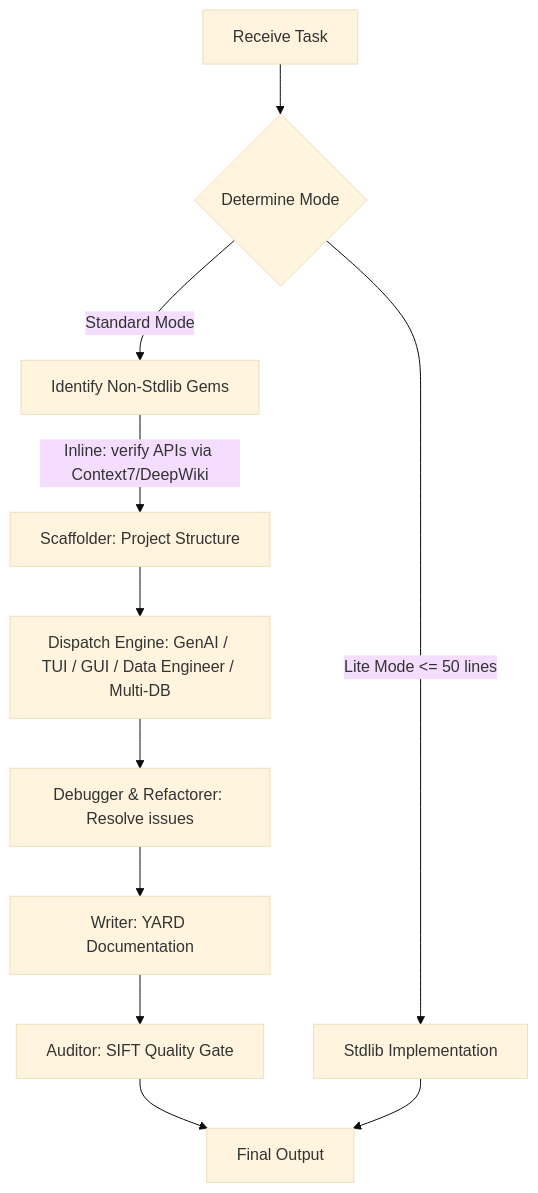
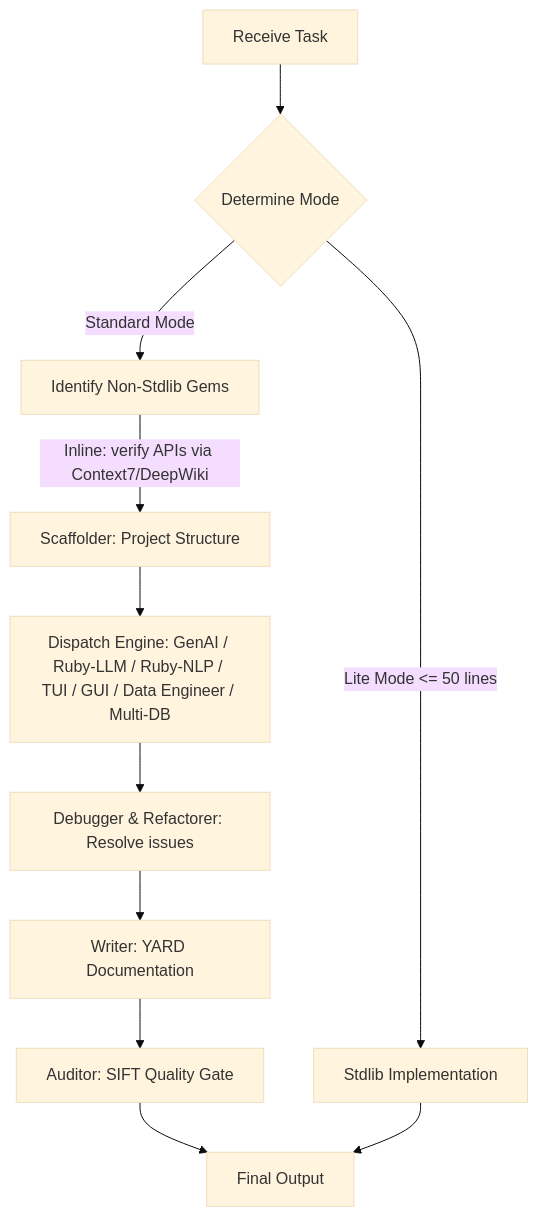
The diagram in skills/ruby-dev/SKILL.md (b08x/ruby-dev-plugin), drawn with Mermaid (base theme) before and after one commit. The commit also changed other lines of this file and 10 other files, not shown here.

First line of the commit message:
Split ruby-llm and ruby-nlp skills out of genai

````diff
--- a/skills/ruby-dev/SKILL.md
+++ b/skills/ruby-dev/SKILL.md
@@ -91,13 +101,13 @@
 ```mermaid
 graph TD
     A[Receive Task] --> B{Determine Mode}
     B -- Lite Mode <= 50 lines --> C[Stdlib Implementation]
     B -- Standard Mode --> D[Identify Non-Stdlib Gems]
     D -- Inline: verify APIs via Context7/DeepWiki --> F[Scaffolder: Project Structure]
-    F --> G[Dispatch Engine: GenAI / TUI / GUI / Data Engineer / Multi-DB]
+    F --> G[Dispatch Engine: GenAI / Ruby-LLM / Ruby-NLP / TUI / GUI / Data Engineer / Multi-DB]
     G --> H[Debugger & Refactorer: Resolve issues]
     H --> I[Writer: YARD Documentation]
     I --> J[Auditor: SIFT Quality Gate]
     J --> K[Final Output]
     C --> K
 ```
````
